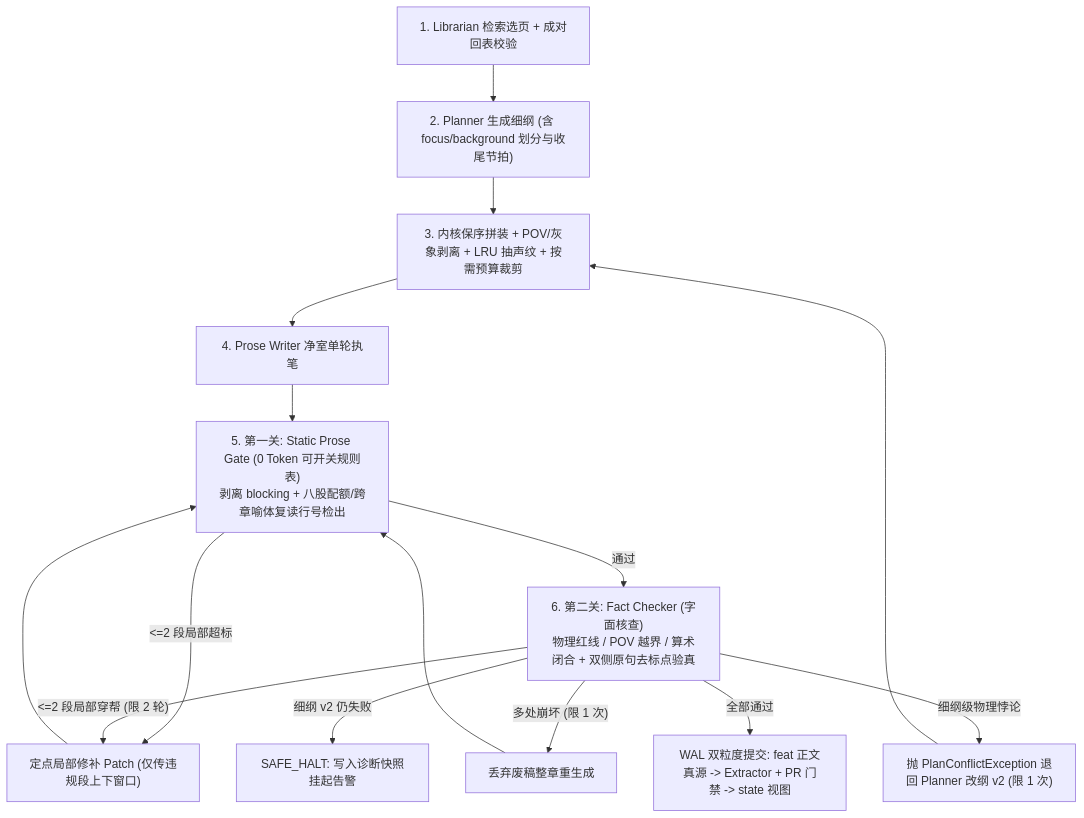
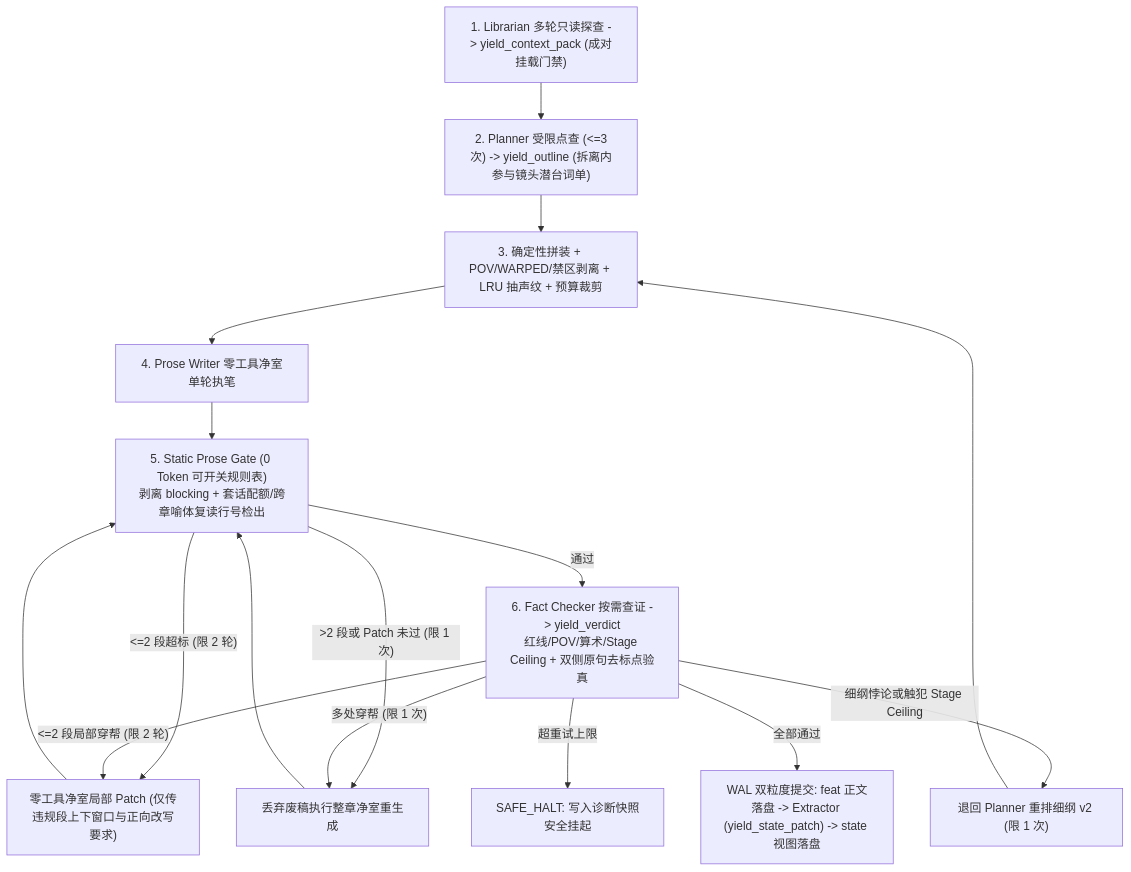
One commit to Liushenwuzhu-Alpaca/NarrateOS changed the second of 2 diagrams in docs/ARCHITECTURE.md. Above: the diagram before and after it, drawn with Mermaid. The commit also changed other lines of this file and 2 other files, not shown here.

Commit message:
docs(architecture): align workflow, glossary, and craft contracts with scoped role agents

````diff
--- a/docs/ARCHITECTURE.md
+++ b/docs/ARCHITECTURE.md
@@ -243,17 +237,18 @@
 ```mermaid
 flowchart TD
-    L["1. Librarian 检索选页 + 成对回表校验"] --> P["2. Planner 生成细纲 (含 focus/background 划分与收尾节拍)"]
-    P --> K["3. 内核保序拼装 + POV/灰象剥离 + LRU 抽声纹 + 按需预算裁剪"]
-    K --> W["4. Prose Writer 净室单轮执笔"]
-    W --> G["5. 第一关: Static Prose Gate (0 Token 可开关规则表)<br/>剥离 blocking + 八股配额/跨章喻体复读行号检出"]
-    G -- "<=2 段局部超标" --> Patch["定点局部修补 Patch (仅传违规段上下窗口)"]
-    G -- "通过" --> C["6. 第二关: Fact Checker (字面核查)<br/>物理红线 / POV 越界 / 算术闭合 + 双侧原句去标点验真"]
+    L["1. Librarian 多轮只读探查 -> yield_context_pack (成对挂载门禁)"] --> P["2. Planner 受限点查 (<=3次) -> yield_outline (拆离内参与镜头潜台词单)"]
+    P --> K["3. 确定性拼装 + POV/WARPED/禁区剥离 + LRU 抽声纹 + 预算裁剪"]
+    K --> W["4. Prose Writer 零工具净室单轮执笔"]
+    W --> G["5. Static Prose Gate (0 Token 可开关规则表)<br/>剥离 blocking + 套话配额/跨章喻体复读行号检出"]
+    G -- "<=2 段超标 (限 2 轮)" --> Patch["零工具净室局部 Patch (仅传违规段上下窗口与正向改写要求)"]
+    G -- ">2 段或 Patch 未过 (限 1 次)" --> Rewrite["丢弃废稿执行整章净室重生成"]
+    G -- "通过" --> C["6. Fact Checker 按需查证 -> yield_verdict<br/>红线/POV/算术/Stage Ceiling + 双侧原句去标点验真"]
     C -- "<=2 段局部穿帮 (限 2 轮)" --> Patch
     Patch --> G
-    C -- "多处崩坏 (限 1 次)" --> Rewrite["丢弃废稿整章重生成"]
+    C -- "多处穿帮 (限 1 次)" --> Rewrite
     Rewrite --> G
-    C -- "细纲级物理悖论" --> Replan["抛 PlanConflictException 退回 Planner 改纲 v2 (限 1 次)"]
+    C -- "细纲悖论或触犯 Stage Ceiling" --> Replan["退回 Planner 重排细纲 v2 (限 1 次)"]
     Replan --> K
-    C -- "细纲 v2 仍失败" --> Halt["SAFE_HALT: 写入诊断快照挂起告警"]
-    C -- "全部通过" --> Commit["WAL 双粒度提交: feat 正文真源 -> Extractor + PR 门禁 -> state 视图"]
+    C -- "超重试上限" --> Halt["SAFE_HALT: 写入诊断快照安全挂起"]
+    C -- "全部通过" --> Commit["WAL 双粒度提交: feat 正文落盘 -> Extractor (yield_state_patch) -> state 视图落盘"]
 ```
````
